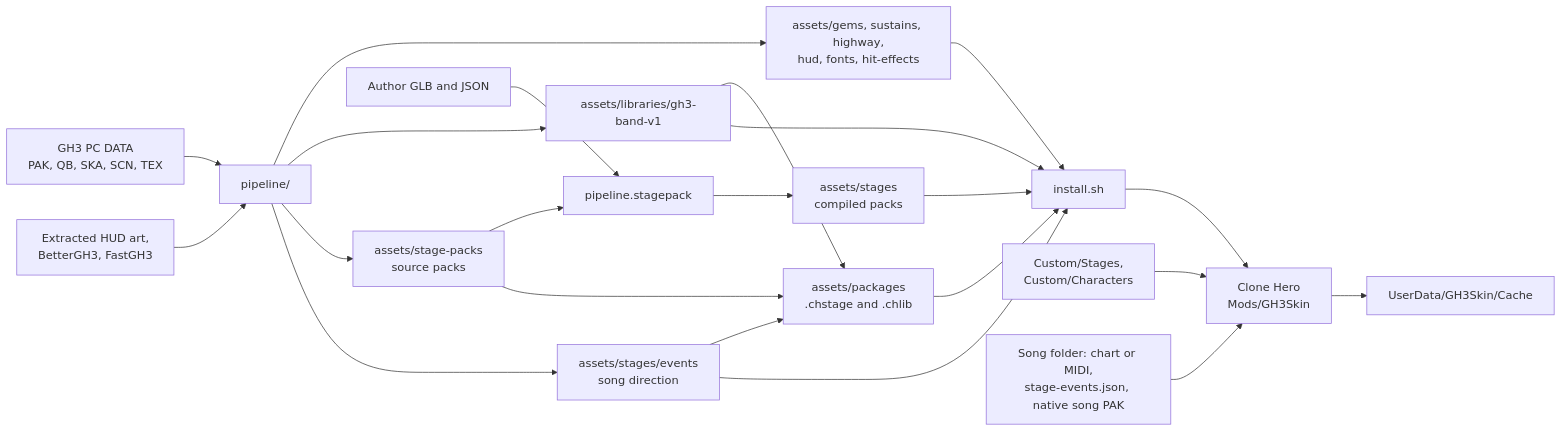
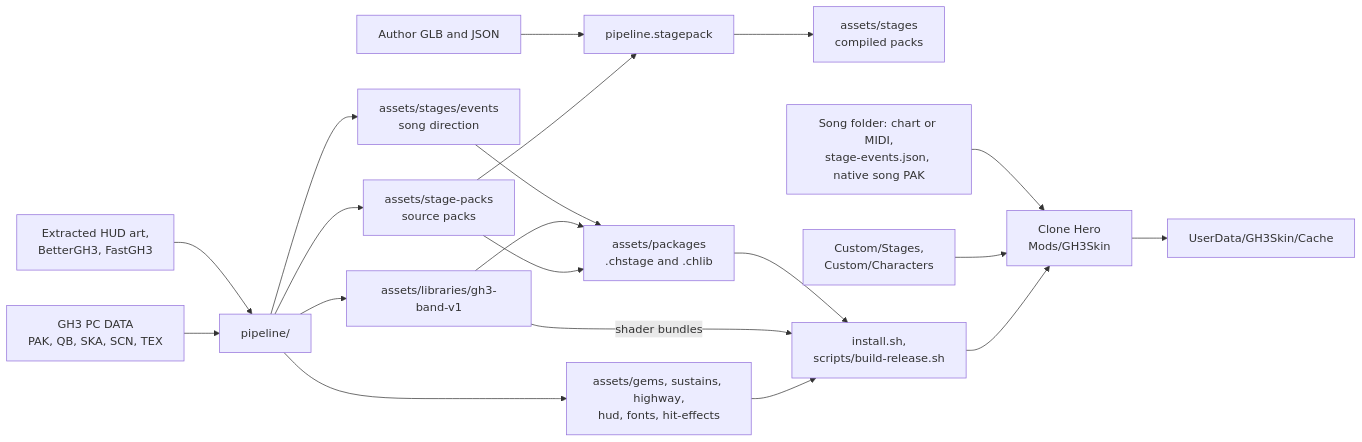
Before and after one commit to heditwo/gh3-clonehero-skin: the first of 3 diagrams in docs/ARCHITECTURE.md, drawn with Mermaid. The commit also changed other lines of this file and 15 other files, not shown here.

Commit message:
Document the packages-only install, the release build, and the removed spike code

````diff
--- a/docs/ARCHITECTURE.md
+++ b/docs/ARCHITECTURE.md
@@ -8,24 +8,22 @@
 ```mermaid
 flowchart LR
     GH3[GH3 PC DATA<br/>PAK, QB, SKA, SCN, TEX] --> Pipeline[pipeline/]
     Art[Extracted HUD art,<br/>BetterGH3, FastGH3] --> Pipeline
     Pipeline --> HudAssets[assets/gems, sustains, highway,<br/>hud, fonts, hit-effects]
     Pipeline --> Library[assets/libraries/gh3-band-v1]
     Pipeline --> Packs[assets/stage-packs<br/>source packs]
     Packs --> Compiler[pipeline.stagepack]
     Author[Author GLB and JSON] --> Compiler
     Compiler --> Stages[assets/stages<br/>compiled packs]
     Pipeline --> Events[assets/stages/events<br/>song direction]
     Packs --> Packages[assets/packages<br/>.chstage and .chlib]
     Library --> Packages
     Events --> Packages
-    HudAssets --> Install[install.sh]
-    Library --> Install
-    Stages --> Install
-    Events --> Install
+    HudAssets --> Install[install.sh,<br/>scripts/build-release.sh]
+    Library -- shader bundles --> Install
     Packages --> Install
     Install --> Game[Clone Hero<br/>Mods/GH3Skin]
     Custom[Custom/Stages,<br/>Custom/Characters] --> Game
     Game --> Cache[UserData/GH3Skin/Cache]
     Chart[Song folder: chart or MIDI,<br/>stage-events.json, native song PAK] --> Game
 ```
````
